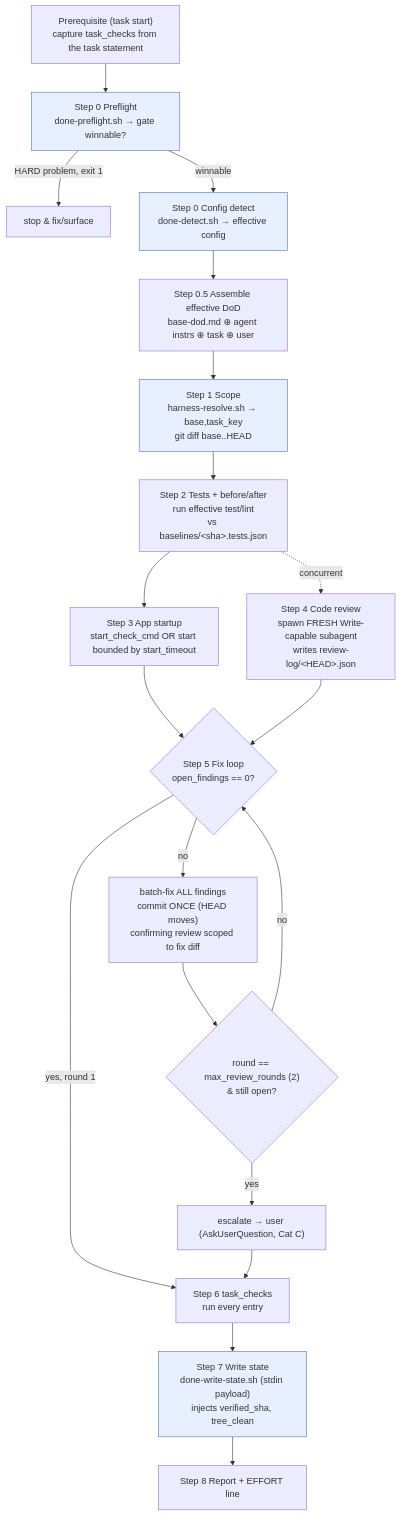
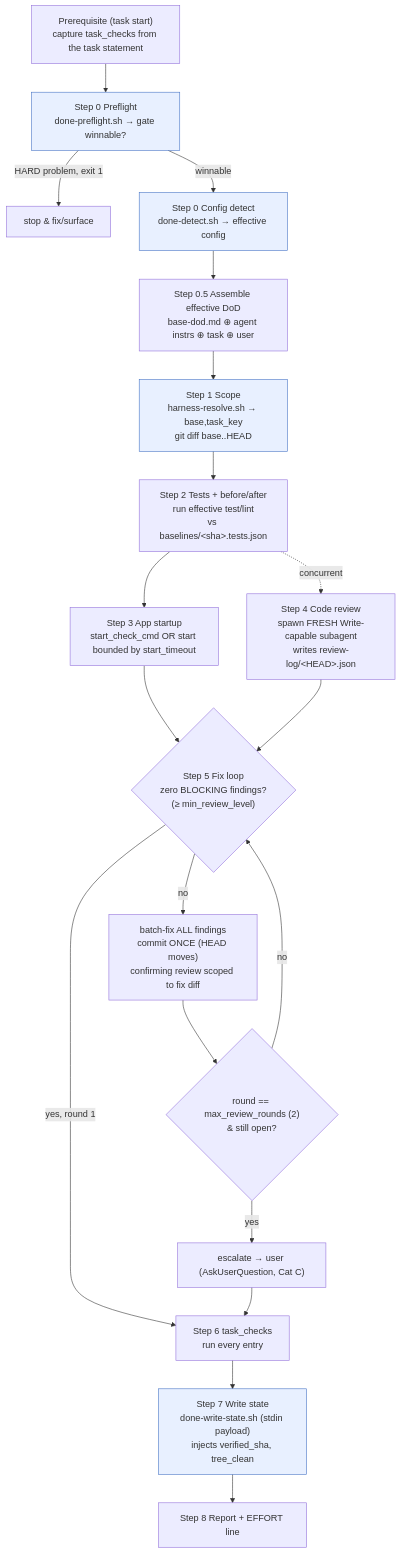
One commit to pehota/harlo changed the third of 10 diagrams in docs/architecture.md. Above: the diagram before and after it, drawn with Mermaid. The commit also changed other lines of this file and 1 other file, not shown here.

First line of the commit message:
docs(harness): sync design + architecture to severity-gated review

````diff
--- a/docs/architecture.md
+++ b/docs/architecture.md
@@ -166,24 +166,24 @@
 ```mermaid
 flowchart TD
   P["Prerequisite (task start)<br/>capture task_checks from the task statement"] --> S0PF
   S0PF["Step 0 Preflight<br/>done-preflight.sh → gate winnable?"] -->|HARD problem, exit 1| STOP["stop & fix/surface"]
   S0PF -->|winnable| S0["Step 0 Config detect<br/>done-detect.sh → effective config"]
   S0 --> S05["Step 0.5 Assemble effective DoD<br/>base-dod.md ⊕ agent instrs ⊕ task ⊕ user"]
   S05 --> S1["Step 1 Scope<br/>harness-resolve.sh → base,task_key<br/>git diff base..HEAD"]
   S1 --> S2["Step 2 Tests + before/after<br/>run effective test/lint<br/>vs baselines/&lt;sha&gt;.tests.json"]
   S2 --> S3["Step 3 App startup<br/>start_check_cmd OR start bounded by start_timeout"]
   S2 -.concurrent.-> S4["Step 4 Code review<br/>spawn FRESH Write-capable subagent<br/>writes review-log/&lt;HEAD&gt;.json"]
   S3 --> S5
-  S4 --> S5{"Step 5 Fix loop<br/>open_findings == 0?"}
+  S4 --> S5{"Step 5 Fix loop<br/>zero BLOCKING findings?<br/>(≥ min_review_level)"}
   S5 -->|yes, round 1| S6["Step 6 task_checks<br/>run every entry"]
   S5 -->|no| FIX["batch-fix ALL findings<br/>commit ONCE (HEAD moves)<br/>confirming review scoped to fix diff"]
   FIX --> CAP{"round == max_review_rounds (2)<br/>& still open?"}
   CAP -->|no| S5
   CAP -->|yes| ESC["escalate → user (AskUserQuestion, Cat C)"]
   ESC --> S6
   S6 --> S7["Step 7 Write state<br/>done-write-state.sh (stdin payload)<br/>injects verified_sha, tree_clean"]
   S7 --> S8["Step 8 Report + EFFORT line"]
 
   classDef script fill:#e8f0ff,stroke:#4472c4;
   class S0PF,S0,S1,S7 script;
 ```
````
